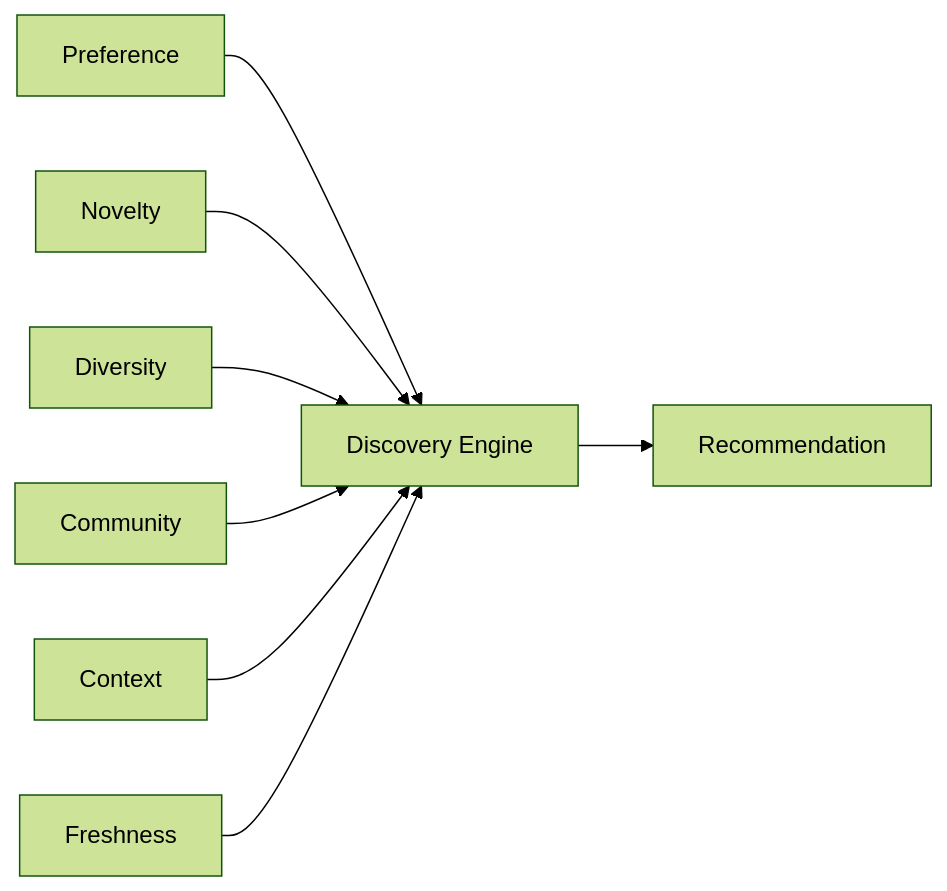
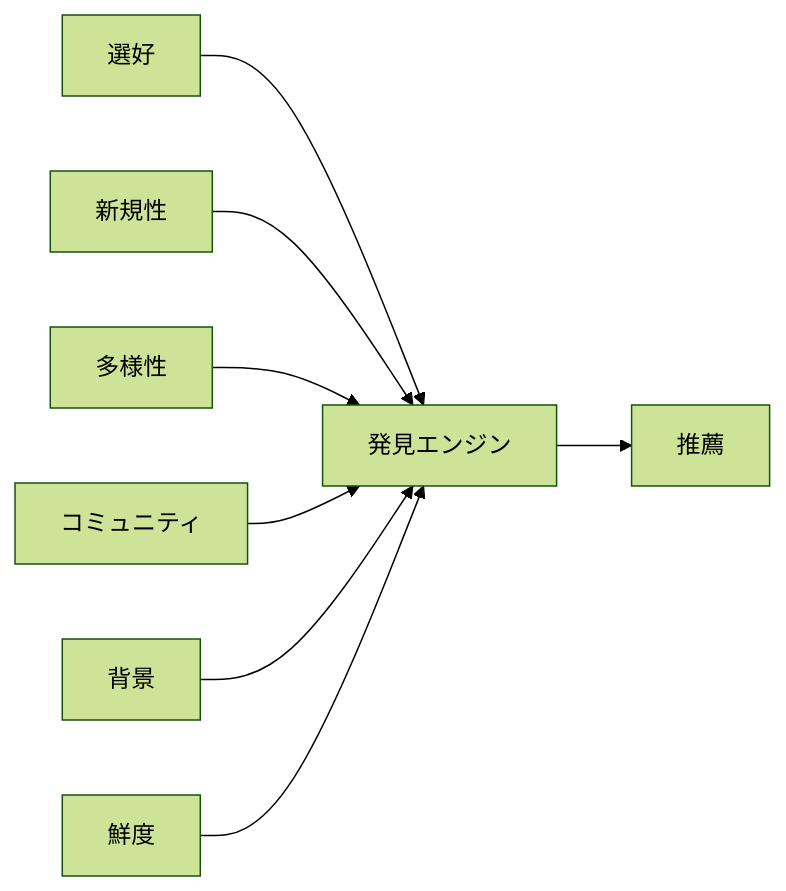
Before and after one commit to ShigeichiroYamasaki/creator-first-platform: the fourth of 35 diagrams in docs/whitepaper/08-discovery-community.md, drawn with Mermaid (forest theme). The commit also changed other lines of this file and 72 other files, not shown here.

````diff
--- a/docs/whitepaper/08-discovery-community.md
+++ b/docs/whitepaper/08-discovery-community.md
@@ -154,18 +154,18 @@
 ```mermaid
 flowchart LR
-    PREF[Preference]
-    NOVEL[Novelty]
-    DIV[Diversity]
-    COMM[Community]
-    CONTEXT[Context]
-    FRESH[Freshness]
+    PREF[選好]
+    NOVEL[新規性]
+    DIV[多様性]
+    COMM[コミュニティ]
+    CONTEXT[背景]
+    FRESH[鮮度]
 
-    PREF --> ENGINE[Discovery Engine]
+    PREF --> ENGINE[発見エンジン]
     NOVEL --> ENGINE
     DIV --> ENGINE
     COMM --> ENGINE
     CONTEXT --> ENGINE
     FRESH --> ENGINE
 
-    ENGINE --> RESULT[Recommendation]
+    ENGINE --> RESULT[推薦]
 ```
````
